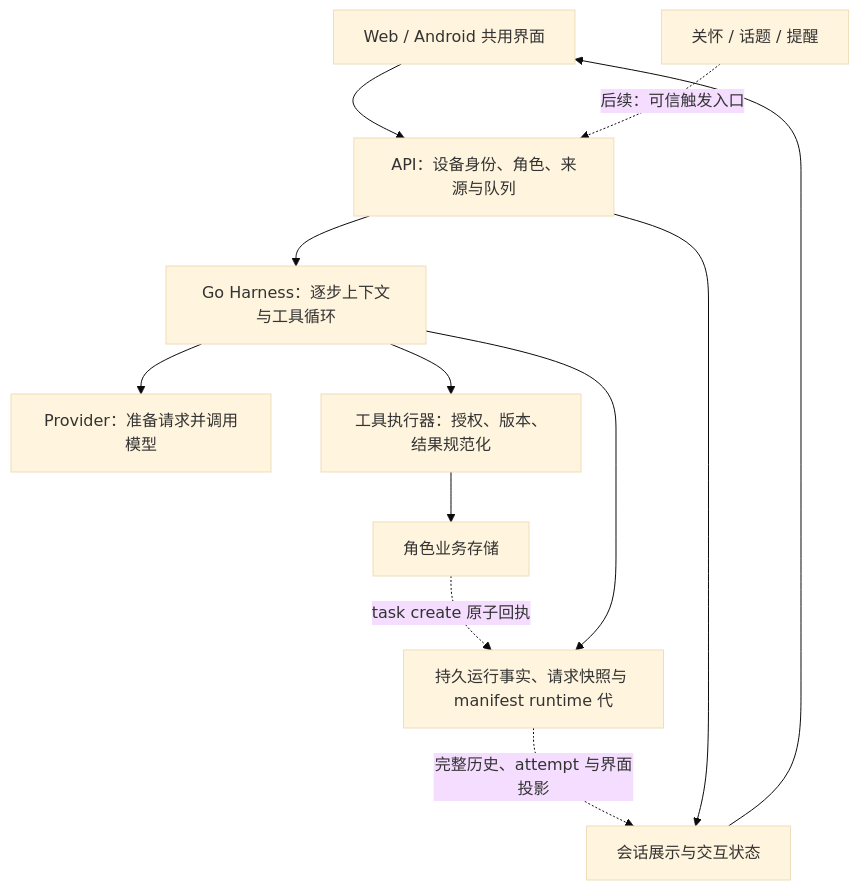
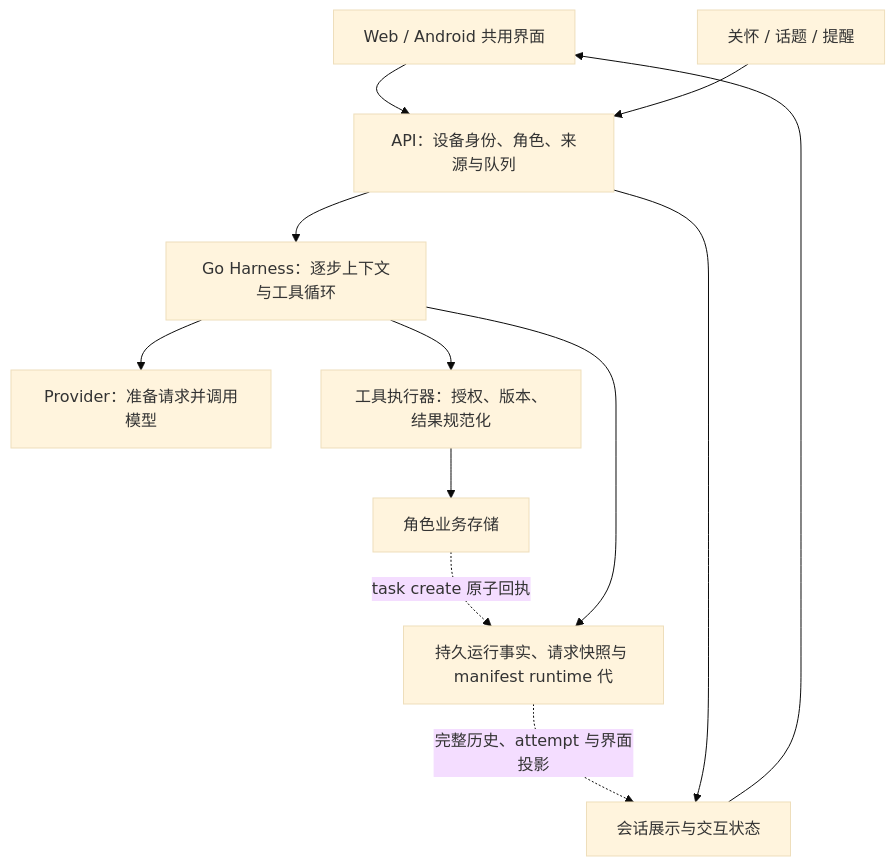
Before and after one commit to Syl12340/chat-agent: the diagram in docs/architecture-roadmap-2026-11.md, drawn with Mermaid (base theme). The commit also changed other lines of this file and 35 other files, not shown here.

````diff
--- a/docs/architecture-roadmap-2026-11.md
+++ b/docs/architecture-roadmap-2026-11.md
@@ -39,14 +39,14 @@
 ```mermaid
 flowchart TD
     W[Web / Android 共用界面] --> A[API：设备身份、角色、来源与队列]
-    T[关怀 / 话题 / 提醒] -. "后续：可信触发入口" .-> A
+    T[关怀 / 话题 / 提醒] --> A
     A --> H[Go Harness：逐步上下文与工具循环]
     H --> P[Provider：准备请求并调用模型]
     H --> X[工具执行器：授权、版本、结果规范化]
     X --> B[角色业务存储]
     B -. "task create 原子回执" .-> R[持久运行事实、请求快照与 manifest runtime 代]
     H --> R
     R -. "完整历史、attempt 与界面投影" .-> V[会话展示与交互状态]
     A --> V
     V --> W
 ```
````
